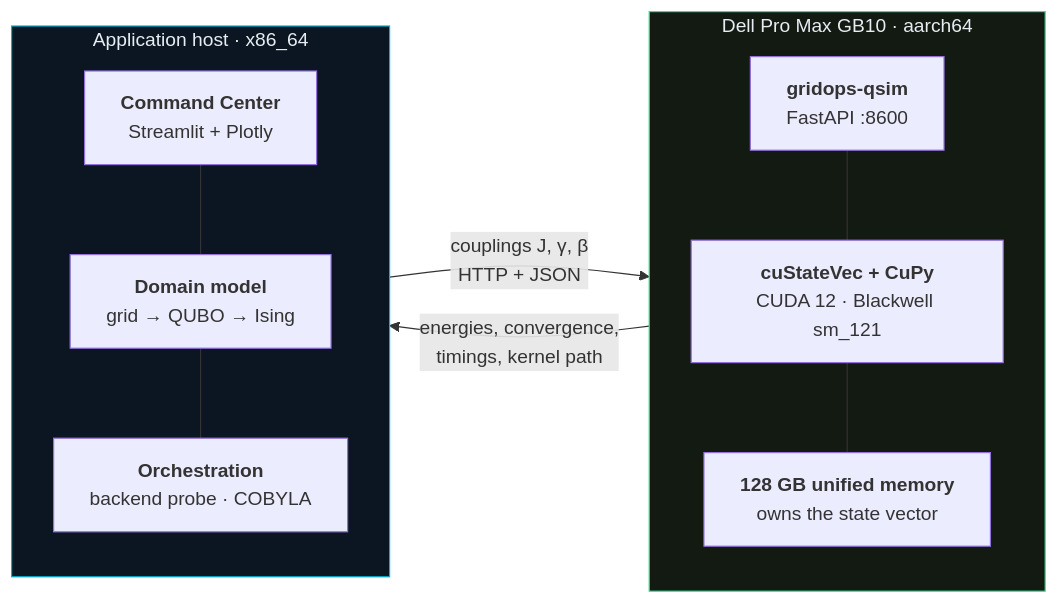
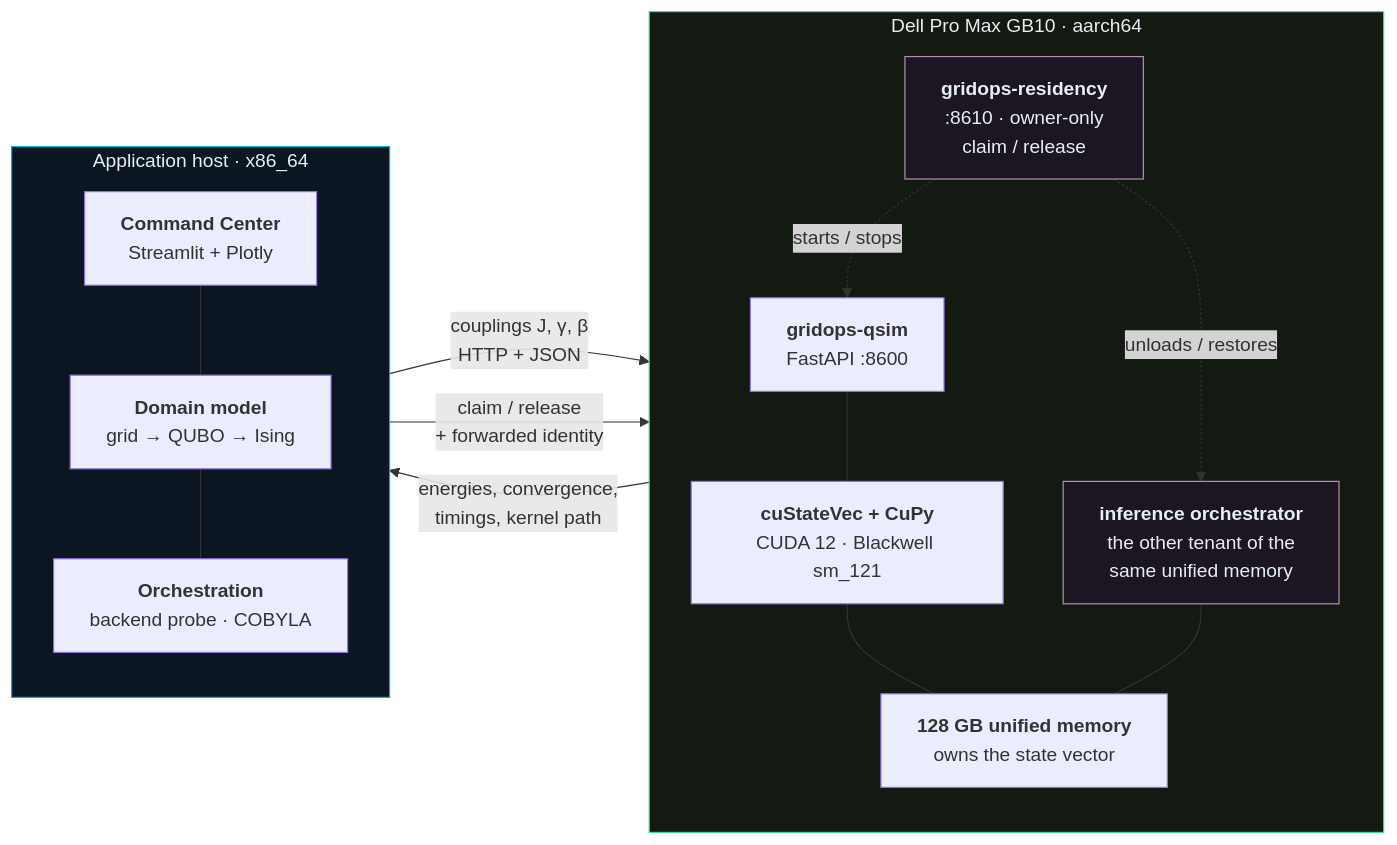
One commit to kenrollins/qaoa-grid-ops changed the first of 2 diagrams in site_src/architecture.md. Above: the diagram before and after it, drawn with Mermaid. The commit also changed other lines of this file and 2 other files, not shown here.

````diff
--- a/site_src/architecture.md
+++ b/site_src/architecture.md
@@ -10,26 +10,34 @@
 ```mermaid
 flowchart LR
     subgraph gb10["Dell Pro Max GB10 · aarch64"]
         direction TB
         api["<b>gridops-qsim</b><br/>FastAPI :8600"]
         kern["<b>cuStateVec + CuPy</b><br/>CUDA 12 · Blackwell sm_121"]
         mem["<b>128 GB unified memory</b><br/>owns the state vector"]
+        res["<b>gridops-residency</b><br/>:8610 · owner-only<br/>claim / release"]
+        llm["<b>inference orchestrator</b><br/>the other tenant of the<br/>same unified memory"]
         api --- kern --- mem
+        res -. "starts / stops" .-> api
+        res -. "unloads / restores" .-> llm
+        llm --- mem
     end
 
     subgraph host["Application host · x86_64"]
         direction TB
         ui["<b>Command Center</b><br/>Streamlit + Plotly"]
         model["<b>Domain model</b><br/>grid → QUBO → Ising"]
         orch["<b>Orchestration</b><br/>backend probe · COBYLA"]
         ui --- model --- orch
     end
 
     orch -- "couplings J, γ, β<br/>HTTP + JSON" --> api
     api -- "energies, convergence,<br/>timings, kernel path" --> orch
+    ui -- "claim / release<br/>+ forwarded identity" --> res
 
     classDef a fill:#0b1622,stroke:#00b4d8,color:#e6edf3
     classDef b fill:#131a12,stroke:#3ddc97,color:#e6edf3
+    classDef c fill:#1c1622,stroke:#b48ead,color:#e6edf3
     class host a
     class gb10 b
+    class res,llm c
 ```
````
